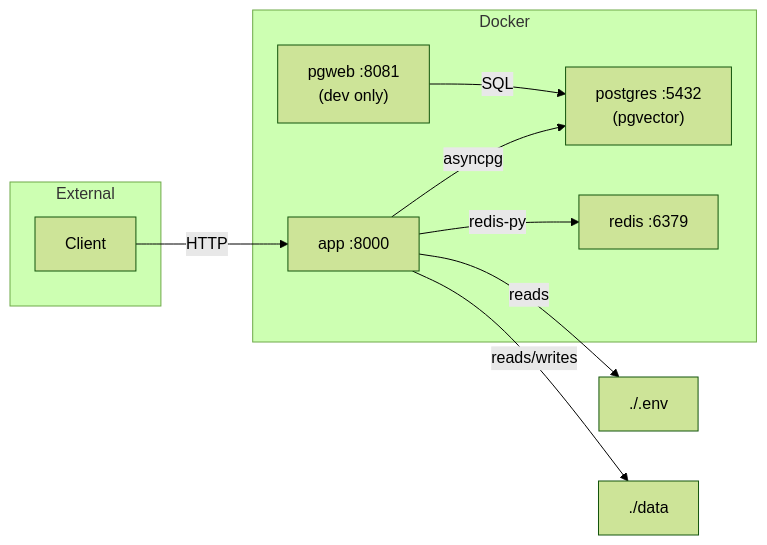
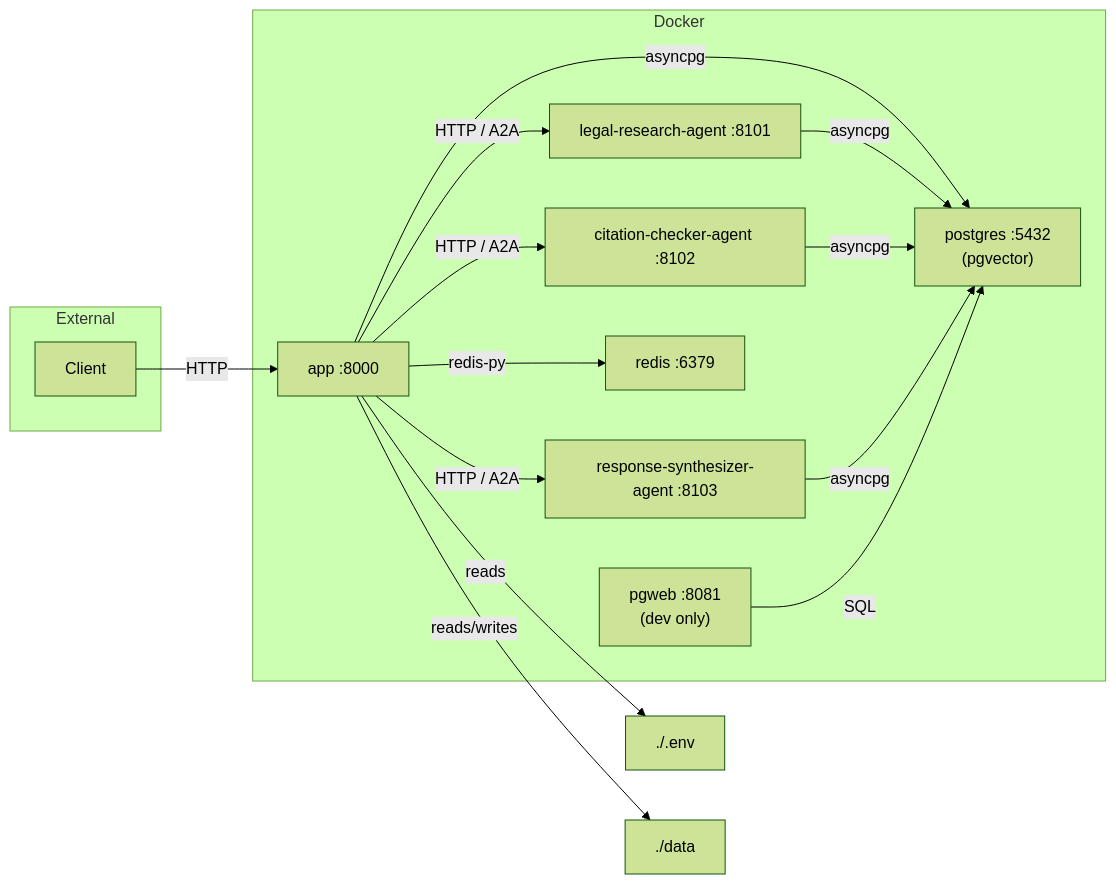
The fifth of 5 diagrams in docs/architecture.md (dunglk85/vn_law_qa), drawn with Mermaid (forest theme) before and after one commit. The commit also changed other lines of this file and 2 other files, not shown here.

Commit message:
docs: add architecture documentation, update contribution guidelines, and summarize current integration status

````diff
--- a/docs/architecture.md
+++ b/docs/architecture.md
@@ -390,18 +470,27 @@
 ```mermaid
 graph LR
     subgraph External
         Client
     end
     subgraph Docker
         App["app :8000"]
+        A2A_LR["legal-research-agent :8101"]
+        A2A_CC["citation-checker-agent :8102"]
+        A2A_RS["response-synthesizer-agent :8103"]
         PG["postgres :5432<br/>(pgvector)"]
         Redis["redis :6379"]
         PGWeb["pgweb :8081<br/>(dev only)"]
     end
     Client -->|HTTP| App
     App -->|asyncpg| PG
     App -->|redis-py| Redis
+    App -->|HTTP / A2A| A2A_LR
+    App -->|HTTP / A2A| A2A_CC
+    App -->|HTTP / A2A| A2A_RS
+    A2A_LR -->|asyncpg| PG
+    A2A_CC -->|asyncpg| PG
+    A2A_RS -->|asyncpg| PG
     PGWeb -->|SQL| PG
     App -->|reads| Vol1["./.env"]
     App -->|reads/writes| Vol2["./data"]
 ```
````
